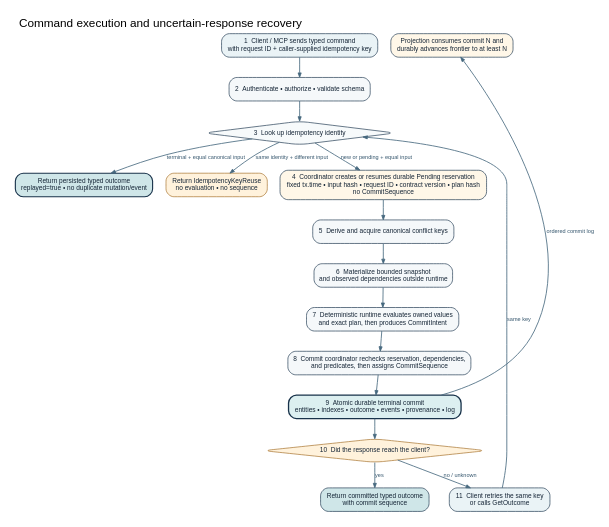
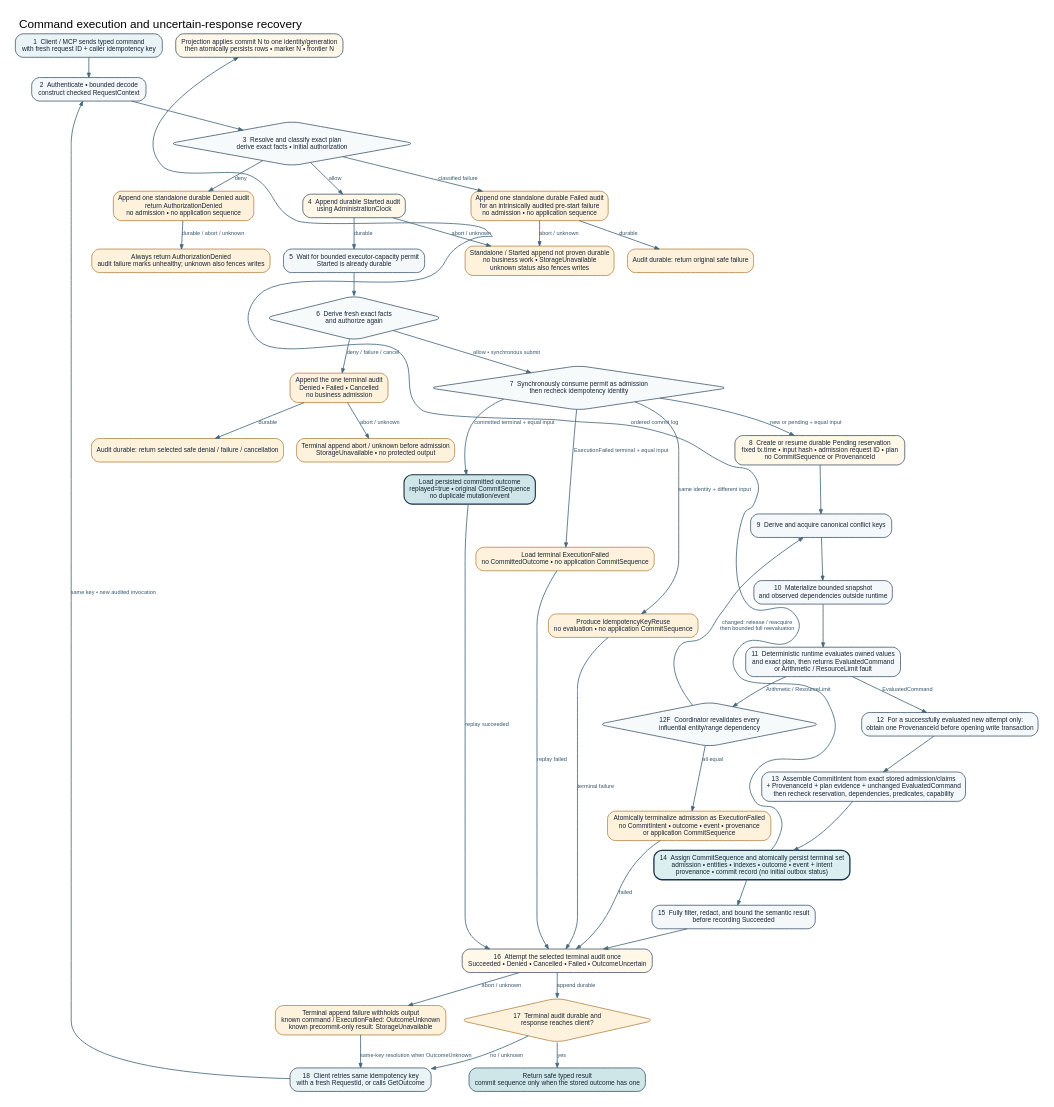
One commit to riffdb/riffdb changed the diagram in diagrams/command_sequence.dot. Above: the diagram before and after it, drawn with Graphviz. The commit also changed 27 other files, not shown here.

```diff
--- a/diagrams/command_sequence.dot
+++ b/diagrams/command_sequence.dot
@@ -1,31 +1,77 @@
 digraph G {
   graph [rankdir=TB, bgcolor="white", pad="0.22", nodesep="0.28", ranksep="0.40", fontname="Liberation Sans", fontsize=18, label="Command execution and uncertain-response recovery", labelloc="t", labeljust="l"];
   node [shape=box, style="rounded,filled", fontname="Liberation Sans", fontsize=10, margin="0.14,0.08", color="#18324A", fillcolor="#F5F8FA", fontcolor="#152536"];
   edge [color="#45677E", penwidth=1.25, arrowsize=0.68, fontname="Liberation Sans", fontsize=8.5, fontcolor="#35566D"];
 
-  client [label="1  Client / MCP sends typed command\nwith request ID + caller-supplied idempotency key", fillcolor="#EAF3F6"];
-  admit [label="2  Authenticate • authorize • validate schema"];
-  lookup [label="3  Look up idempotency identity", shape=diamond, fillcolor="#F7FAFB"];
-  stored [label="Return persisted typed outcome\nreplayed=true • no duplicate mutation/event", fillcolor="#CFE6E8", penwidth=1.7];
-  mismatch [label="Return IdempotencyKeyReuse\nno evaluation • no sequence", fillcolor="#FFF2DC", color="#A26A21"];
-  reserve [label="4  Coordinator creates or resumes durable Pending reservation\nfixed tx.time • input hash • request ID • contract version • plan hash\nno CommitSequence", fillcolor="#FFF7E8"];
-  lock [label="5  Derive and acquire canonical conflict keys"];
-  snapshot [label="6  Materialize bounded snapshot\nand observed dependencies outside runtime"];
-  run [label="7  Deterministic runtime evaluates owned values\nand exact plan, then produces CommitIntent"];
-  coord [label="8  Commit coordinator rechecks reservation, dependencies,\nand predicates, then assigns CommitSequence"];
-  durable [label="9  Atomic durable terminal commit\nentities • indexes • outcome • events • provenance • log", fillcolor="#DCEFF0", penwidth=2.0];
-  delivered [label="10  Did the response reach the client?", shape=diamond, fillcolor="#FFF2DC", color="#A26A21"];
-  normal [label="Return committed typed outcome\nwith commit sequence", fillcolor="#CFE6E8"];
-  retry [label="11  Client retries the same key\nor calls GetOutcome", fillcolor="#EAF3F6"];
-  projection [label="Projection consumes commit N and\ndurably advances frontier to at least N", fillcolor="#FFF7E8"];
+  client [label="1  Client / MCP sends typed command\nwith fresh request ID + caller idempotency key", fillcolor="#EAF3F6"];
+  admit [label="2  Authenticate • bounded decode\nconstruct checked RequestContext"];
+  authorize [label="3  Resolve and classify exact plan\nderive exact facts • initial authorization", shape=diamond, fillcolor="#F7FAFB"];
+  prestart_failed [label="Append one standalone durable Failed audit\nfor an intrinsically audited pre-start failure\nno admission • no application sequence", fillcolor="#FFF2DC", color="#A26A21"];
+  prestart_return [label="Audit durable: return original safe failure", fillcolor="#FFF2DC", color="#A26A21"];
+  audit_start [label="4  Append durable Started audit\nusing AdministrationClock", fillcolor="#FFF7E8"];
+  denied [label="Append one standalone durable Denied audit\nreturn AuthorizationDenied\nno admission • no application sequence", fillcolor="#FFF2DC", color="#A26A21"];
+  denied_return [label="Always return AuthorizationDenied\naudit failure marks unhealthy; unknown also fences writes", fillcolor="#FFF2DC", color="#A26A21"];
+  audit_outage [label="Standalone / Started append not proven durable\nno business work • StorageUnavailable\nunknown status also fences writes", fillcolor="#FFF2DC", color="#A26A21"];
+  permit [label="5  Wait for bounded executor-capacity permit\nStarted is already durable"];
+  final_auth [label="6  Derive fresh exact facts\nand authorize again", shape=diamond, fillcolor="#F7FAFB"];
+  poststart_terminal [label="Append the one terminal audit\nDenied • Failed • Cancelled\nno business admission", fillcolor="#FFF2DC", color="#A26A21"];
+  poststart_return [label="Audit durable: return selected safe denial / failure / cancellation", fillcolor="#FFF2DC", color="#A26A21"];
+  poststart_outage [label="Terminal append abort / unknown before admission\nStorageUnavailable • no protected output", fillcolor="#FFF2DC", color="#A26A21"];
+  lookup [label="7  Synchronously consume permit as admission\nthen recheck idempotency identity", shape=diamond, fillcolor="#F7FAFB"];
+  stored [label="Load persisted committed outcome\nreplayed=true • original CommitSequence\nno duplicate mutation/event", fillcolor="#CFE6E8", penwidth=1.7];
+  stored_failed [label="Load terminal ExecutionFailed\nno CommittedOutcome • no application CommitSequence", fillcolor="#FFF2DC", color="#A26A21"];
+  mismatch [label="Produce IdempotencyKeyReuse\nno evaluation • no application CommitSequence", fillcolor="#FFF2DC", color="#A26A21"];
+  reserve [label="8  Create or resume durable Pending reservation\nfixed tx.time • input hash • admission request ID • plan\nno CommitSequence or ProvenanceId", fillcolor="#FFF7E8"];
+  lock [label="9  Derive and acquire canonical conflict keys"];
+  snapshot [label="10  Materialize bounded snapshot\nand observed dependencies outside runtime"];
+  run [label="11  Deterministic runtime evaluates owned values\nand exact plan, then returns EvaluatedCommand\nor Arithmetic / ResourceLimit fault"];
+  fault_validate [label="12F  Coordinator revalidates every\ninfluential entity/range dependency", shape=diamond, fillcolor="#F7FAFB"];
+  failed_terminal [label="Atomically terminalize admission as ExecutionFailed\nno CommitIntent • outcome • event • provenance\nor application CommitSequence", fillcolor="#FFF2DC", color="#A26A21"];
+  provenance [label="12  For a successfully evaluated new attempt only:\nobtain one ProvenanceId before opening write transaction"];
+  coord [label="13  Assemble CommitIntent from exact stored admission/claims\n+ ProvenanceId + plan evidence + unchanged EvaluatedCommand\nthen recheck reservation, dependencies, predicates, capability"];
+  durable [label="14  Assign CommitSequence and atomically persist terminal set\nadmission • entities • indexes • outcome • event + intent\nprovenance • commit record (no initial outbox status)", fillcolor="#DCEFF0", penwidth=2.0];
+  shape [label="15  Fully filter, redact, and bound the semantic result\nbefore recording Succeeded"];
+  audit_terminal [label="16  Attempt the selected terminal audit once\nSucceeded • Denied • Cancelled • Failed • OutcomeUncertain", fillcolor="#FFF7E8"];
+  audit_failure [label="Terminal append failure withholds output\nknown command / ExecutionFailed: OutcomeUnknown\nknown precommit-only result: StorageUnavailable", fillcolor="#FFF2DC", color="#A26A21"];
+  delivered [label="17  Terminal audit durable and\nresponse reaches client?", shape=diamond, fillcolor="#FFF2DC", color="#A26A21"];
+  normal [label="Return safe typed result\ncommit sequence only when the stored outcome has one", fillcolor="#CFE6E8"];
+  retry [label="18  Client retries same idempotency key\nwith a fresh RequestId, or calls GetOutcome", fillcolor="#EAF3F6"];
+  projection [label="Projection applies commit N to one identity/generation\nthen atomically persists rows • marker N • frontier N", fillcolor="#FFF7E8"];
 
-  client -> admit -> lookup;
-  lookup -> stored [label="terminal + equal canonical input"];
+  client -> admit -> authorize;
+  authorize -> audit_start [label="allow"];
+  authorize -> denied [label="deny"];
+  authorize -> prestart_failed [label="classified failure"];
+  denied -> denied_return [label="durable / abort / unknown"];
+  prestart_failed -> prestart_return [label="durable"];
+  prestart_failed -> audit_outage [label="abort / unknown"];
+  audit_start -> permit [label="durable"];
+  audit_start -> audit_outage [label="abort / unknown"];
+  permit -> final_auth;
+  final_auth -> lookup [label="allow • synchronous submit"];
+  final_auth -> poststart_terminal [label="deny / failure / cancel"];
+  poststart_terminal -> poststart_return [label="durable"];
+  poststart_terminal -> poststart_outage [label="abort / unknown"];
+  lookup -> stored [label="committed terminal + equal input"];
+  lookup -> stored_failed [label="ExecutionFailed terminal + equal input"];
   lookup -> mismatch [label="same identity + different input"];
   lookup -> reserve [label="new or pending + equal input"];
-  reserve -> lock -> snapshot -> run -> coord -> durable -> delivered;
+  reserve -> lock -> snapshot -> run;
+  run -> provenance [label="EvaluatedCommand"];
+  provenance -> coord;
+  run -> fault_validate [label="Arithmetic / ResourceLimit"];
+  fault_validate -> failed_terminal [label="all equal"];
+  fault_validate -> lock [label="changed: release / reacquire\nthen bounded full reevaluation", constraint=false];
+  coord -> durable -> shape -> audit_terminal;
+  audit_terminal -> delivered [label="append durable"];
+  audit_terminal -> audit_failure [label="abort / unknown"];
+  failed_terminal -> audit_terminal [label="failed"];
+  stored -> audit_terminal [label="replay succeeded"];
+  stored_failed -> audit_terminal [label="replay failed"];
+  mismatch -> audit_terminal [label="terminal failure"];
   delivered -> normal [label="yes"];
   delivered -> retry [label="no / unknown"];
-  retry -> lookup [label="same key"];
+  audit_failure -> retry [label="same-key resolution when OutcomeUnknown"];
+  retry -> admit [label="same key • new audited invocation"];
   durable -> projection [label="ordered commit log", constraint=false];
 }
```
